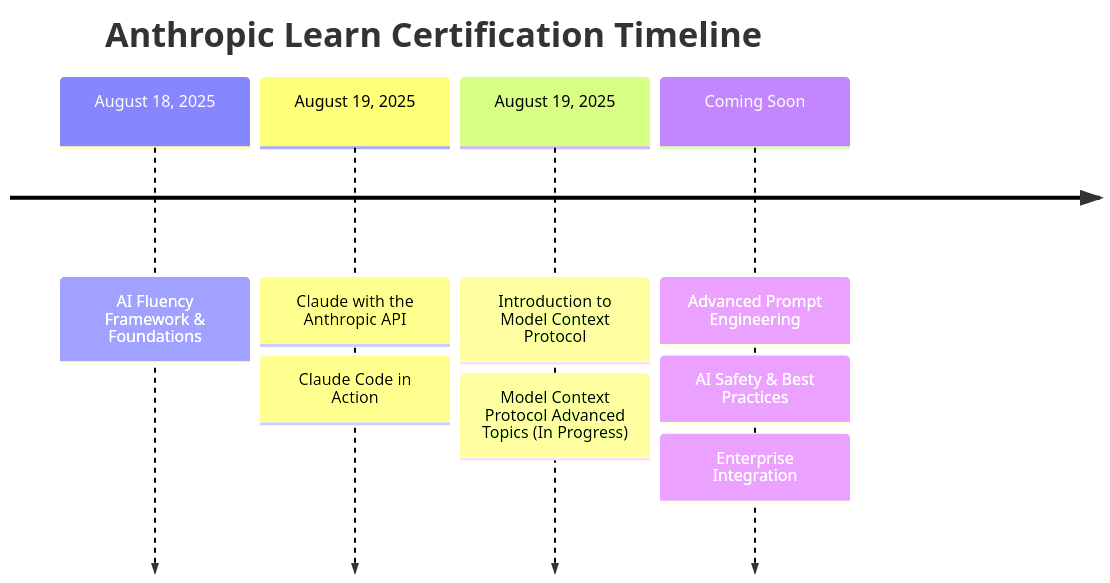
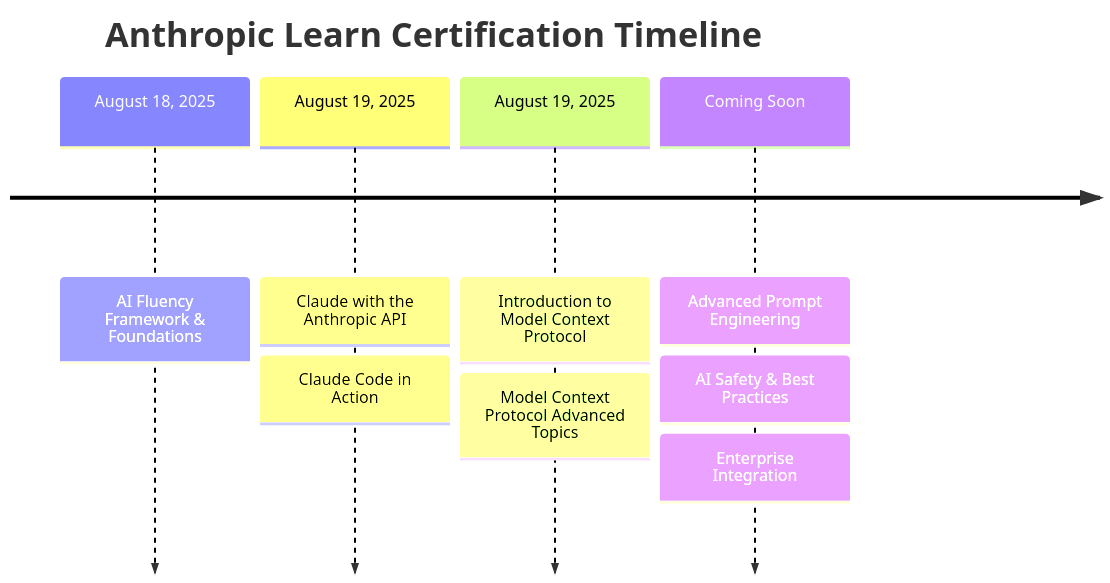
Before and after one commit to developtheweb/anthropic-certs: the second of 2 diagrams in README.md, drawn with Mermaid. The commit also changed other lines of this file and 2 other files, not shown here.

First line of the commit message:
feat: Add Model Context Protocol: Advanced Topics certification

````diff
--- a/README.md
+++ b/README.md
@@ -208,16 +217,16 @@
 ```mermaid
 timeline
     title Anthropic Learn Certification Timeline
     
     August 18, 2025   : AI Fluency Framework & Foundations
     
     August 19, 2025   : Claude with the Anthropic API
                       : Claude Code in Action
                       
     August 19, 2025   : Introduction to Model Context Protocol
-                      : Model Context Protocol Advanced Topics (In Progress)
+                      : Model Context Protocol Advanced Topics
     
     Coming Soon       : Advanced Prompt Engineering
                       : AI Safety & Best Practices
                       : Enterprise Integration
 ```
````
